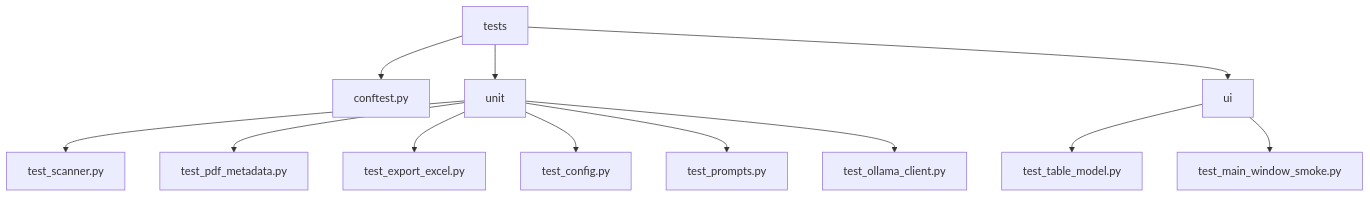
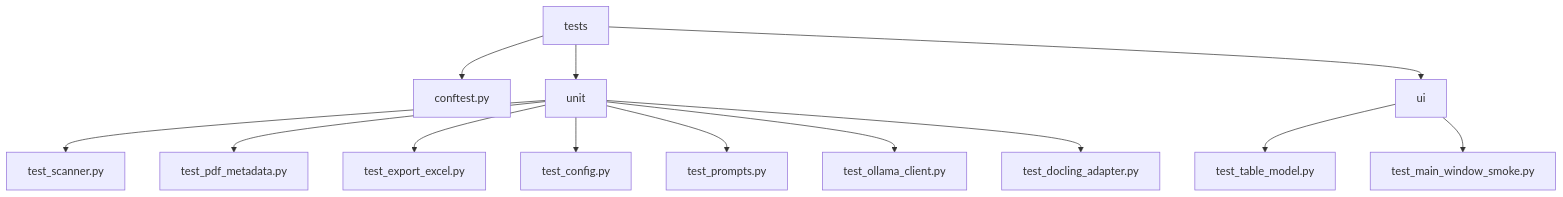
Before and after one commit to thomassuedbroecker/pdf_extraction_macos_public_version: the third of 4 diagrams in README.md, drawn with Mermaid. The commit also changed other lines of this file and 6 other files, not shown here.

````diff
--- a/README.md
+++ b/README.md
@@ -141,17 +150,18 @@
 ```mermaid
 flowchart TB
     Tests[tests]
     Tests --> Fixtures[conftest.py]
     Tests --> Unit[unit]
     Tests --> UITests[ui]
 
     Unit --> ScannerTests[test_scanner.py]
     Unit --> MetadataTests[test_pdf_metadata.py]
     Unit --> ExportTests[test_export_excel.py]
     Unit --> ConfigTests[test_config.py]
     Unit --> PromptTests[test_prompts.py]
     Unit --> OllamaTests[test_ollama_client.py]
+    Unit --> DoclingTests[test_docling_adapter.py]
 
     UITests --> TableTests[test_table_model.py]
     UITests --> SmokeTests[test_main_window_smoke.py]
 ```
````
